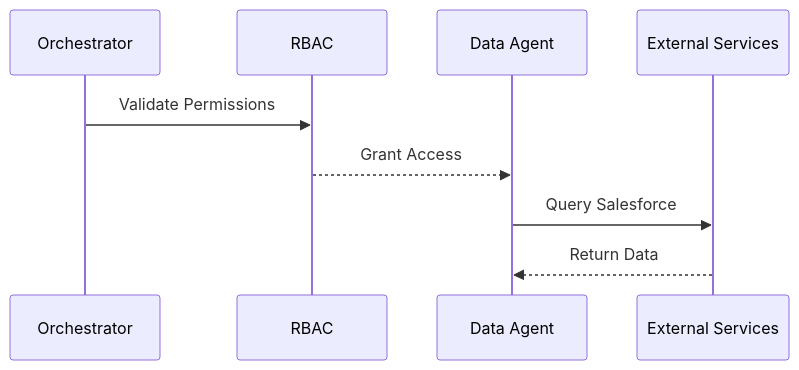
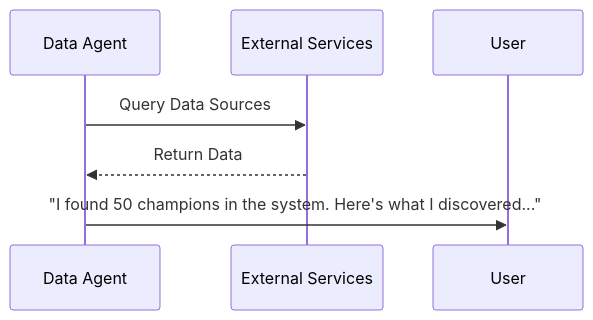
The seventh of 10 diagrams in agentic_usecase.md (jenishIC/documents), drawn with Mermaid before and after one commit. The commit also changed other lines of this file, not shown here.

````diff
--- a/agentic_usecase.md
+++ b/agentic_usecase.md
@@ -61,7 +247,6 @@
    ```mermaid
    sequenceDiagram
-   Orchestrator->>RBAC: Validate Permissions
-   RBAC-->>Data Agent: Grant Access
-   Data Agent->>External Services: Query Salesforce
+   Data Agent->>External Services: Query Data Sources
    External Services-->>Data Agent: Return Data
+   Data Agent->>User: "I found 50 champions in the system. Here's what I discovered..."
    ```
````
